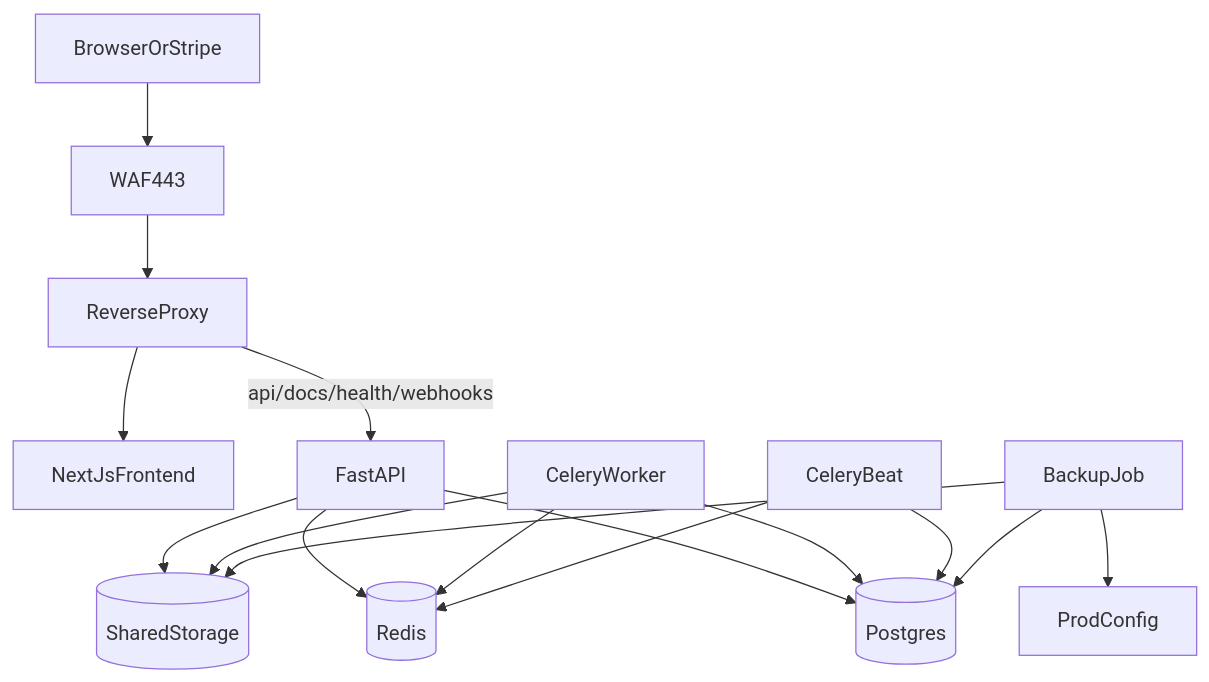
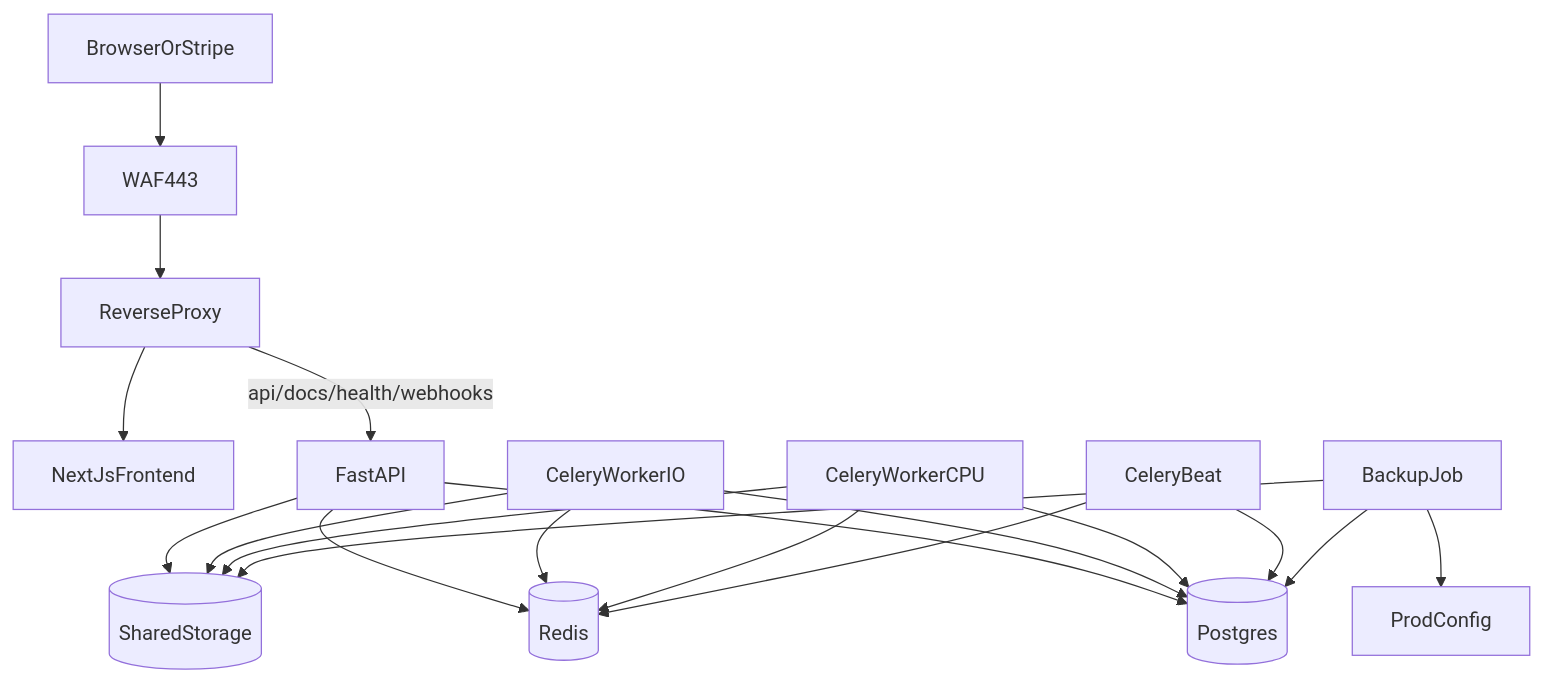
One commit to devB2433/listinglive changed the diagram in doc/production_deployment.md. Above: the diagram before and after it, drawn with Mermaid. The commit also changed other lines of this file and 16 other files, not shown here.

````diff
--- a/doc/production_deployment.md
+++ b/doc/production_deployment.md
@@ -48,18 +48,21 @@
 ```mermaid
 flowchart TD
     browser[BrowserOrStripe] --> waf[WAF443]
     waf --> proxy[ReverseProxy]
     proxy --> frontend[NextJsFrontend]
     proxy -->|"api/docs/health/webhooks"| backend[FastAPI]
     backend --> postgres[(Postgres)]
     backend --> redis[(Redis)]
     backend --> storage[(SharedStorage)]
-    worker[CeleryWorker] --> redis
-    worker --> postgres
-    worker --> storage
+    workerIo[CeleryWorkerIO] --> redis
+    workerIo --> postgres
+    workerIo --> storage
+    workerCpu[CeleryWorkerCPU] --> redis
+    workerCpu --> postgres
+    workerCpu --> storage
     beat[CeleryBeat] --> redis
     beat --> postgres
     backup[BackupJob] --> postgres
     backup --> storage
     backup --> config[ProdConfig]
 ```
````
